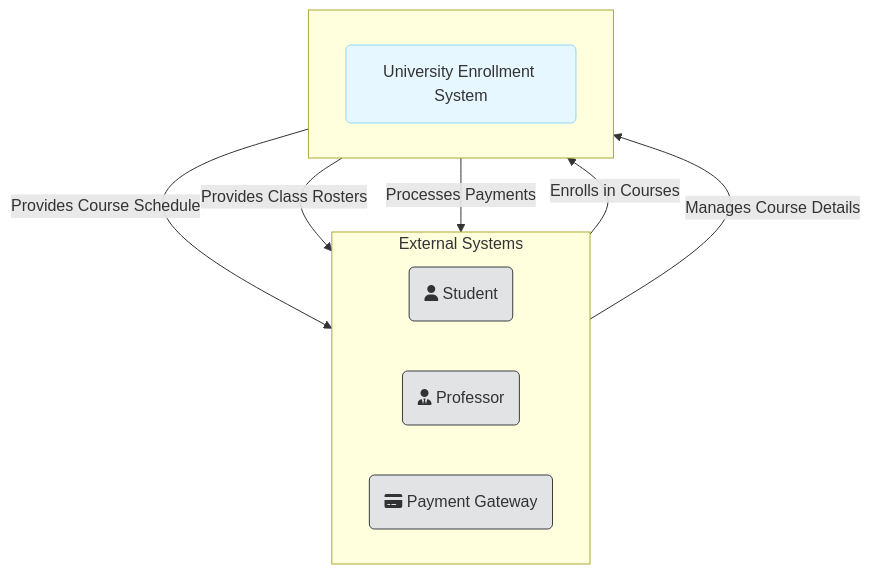
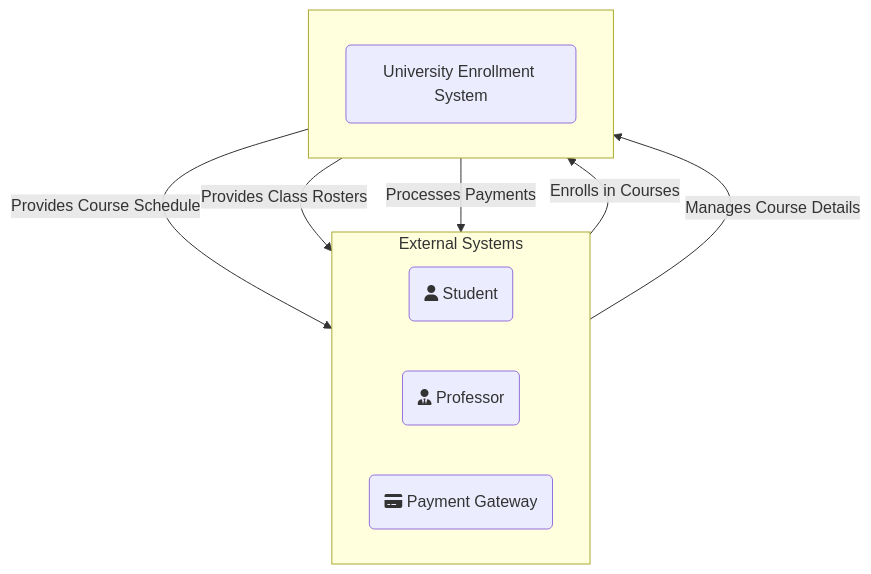
One commit to sujith-eag/sujith-library changed the third of 4 diagrams in docs/software-modeling/context-modeling.md. Above: the diagram before and after it, drawn with Mermaid. The commit also changed other lines of this file and 41 other files, not shown here.

First line of the commit message:
Refactor diagrams and remove redundant styles in documentation

````diff
--- a/docs/software-modeling/context-modeling.md
+++ b/docs/software-modeling/context-modeling.md
@@ -96,27 +81,22 @@
 ```mermaid
 graph TD
     subgraph "External Systems"
         direction LR
         student(fa:fa-user Student)
         professor(fa:fa-user-tie Professor)
         payment(fa:fa-credit-card Payment Gateway)
     end
 
     subgraph " "
       direction LR
       system(University Enrollment System)
     end
     
     student -- "Enrolls in Courses" --> system
     system -- "Provides Course Schedule" --> student
     
     professor -- "Manages Course Details" --> system
     system -- "Provides Class Rosters" --> professor
 
     system -- "Processes Payments" --> payment
-
-    style system fill:#e6f7ff,stroke:#91d5ff
-    style student fill:#e2e3e5,stroke:#383d41
-    style professor fill:#e2e3e5,stroke:#383d41
-    style payment fill:#e2e3e5,stroke:#383d41
 ```
````
